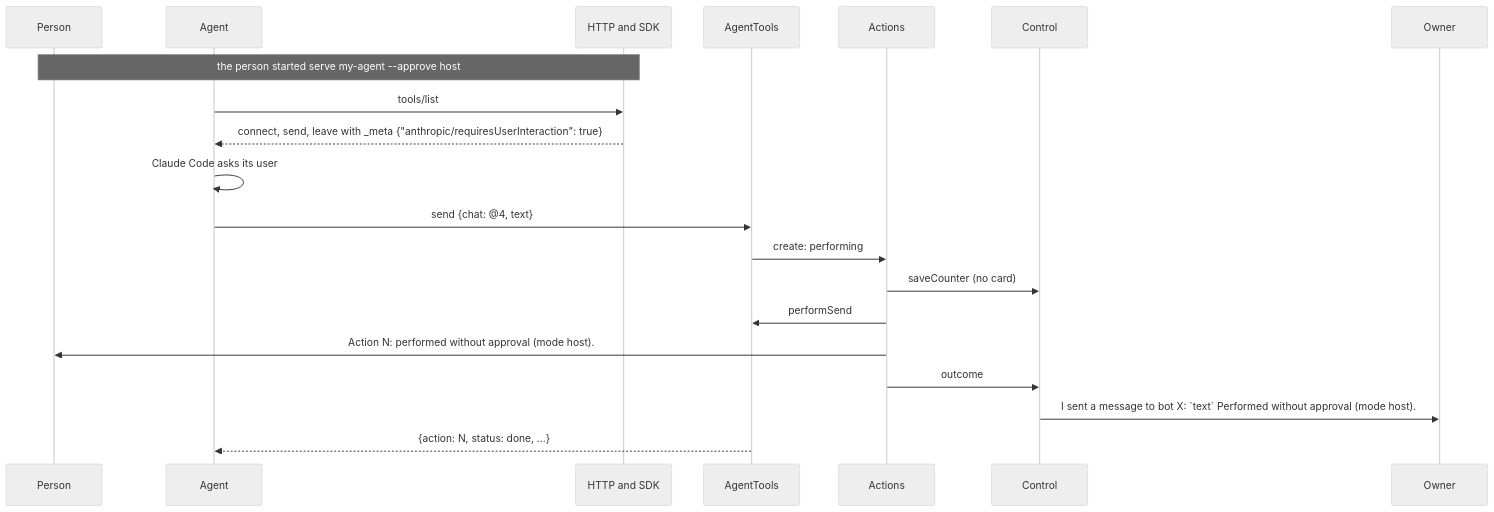
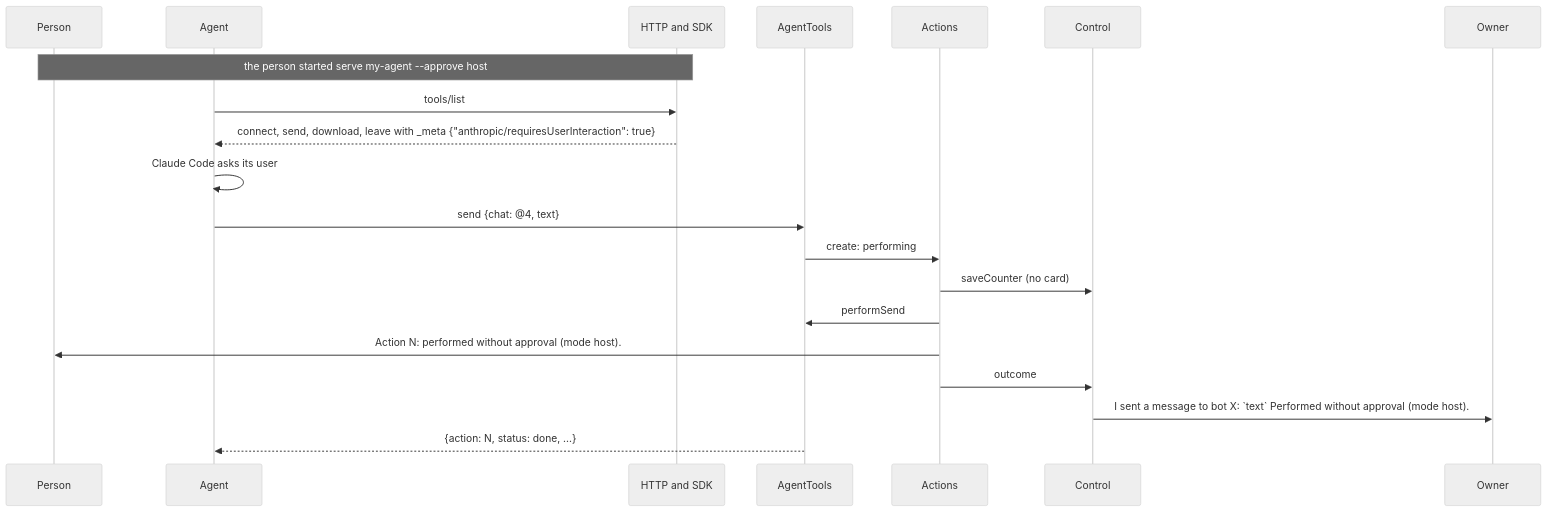
Before and after one commit to simplex-chat/simplex-chat: the eighth of 16 diagrams in packages/simplex-chat-mcp/spec/flows.md, drawn with Mermaid (neutral theme). The commit also changed other lines of this file and 34 other files, not shown here.

````diff
--- a/packages/simplex-chat-mcp/spec/flows.md
+++ b/packages/simplex-chat-mcp/spec/flows.md
@@ -359,22 +371,22 @@
 ```mermaid
 sequenceDiagram
   participant P as Person
   participant A as Agent
   participant H as HTTP and SDK
   participant T as AgentTools
   participant X as Actions
   participant K as Control
   participant O as Owner
   Note over P,H: the person started serve my-agent --approve host
   A->>H: tools/list
-  H-->>A: connect, send, leave with _meta {"anthropic/requiresUserInteraction": true}
+  H-->>A: connect, send, download, leave with _meta {"anthropic/requiresUserInteraction": true}
   A->>A: Claude Code asks its user
   A->>T: send {chat: @4, text}
   T->>X: create: performing
   X->>K: saveCounter (no card)
   X->>T: performSend
   X->>P: Action N: performed without approval (mode host).
   X->>K: outcome
   K->>O: I sent a message to bot X: `text` Performed without approval (mode host).
   T-->>A: {action: N, status: done, ...}
 ```
````
